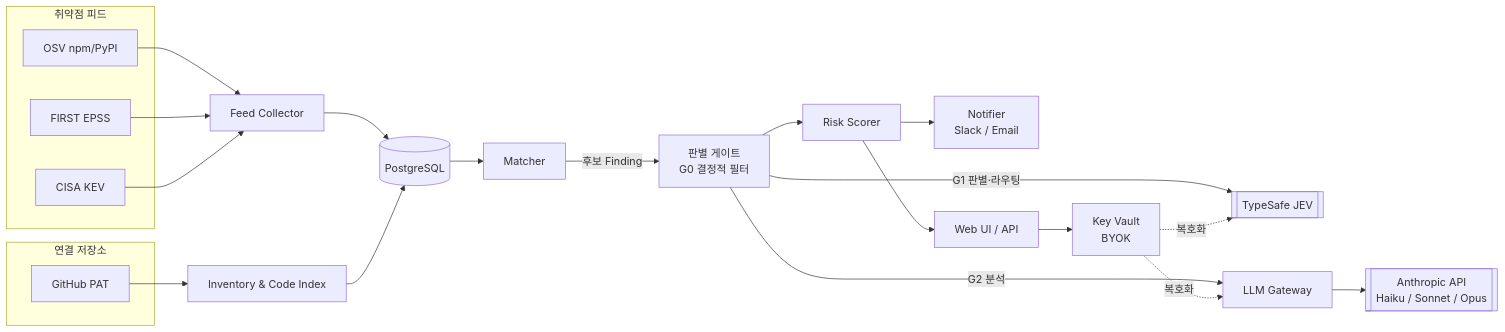
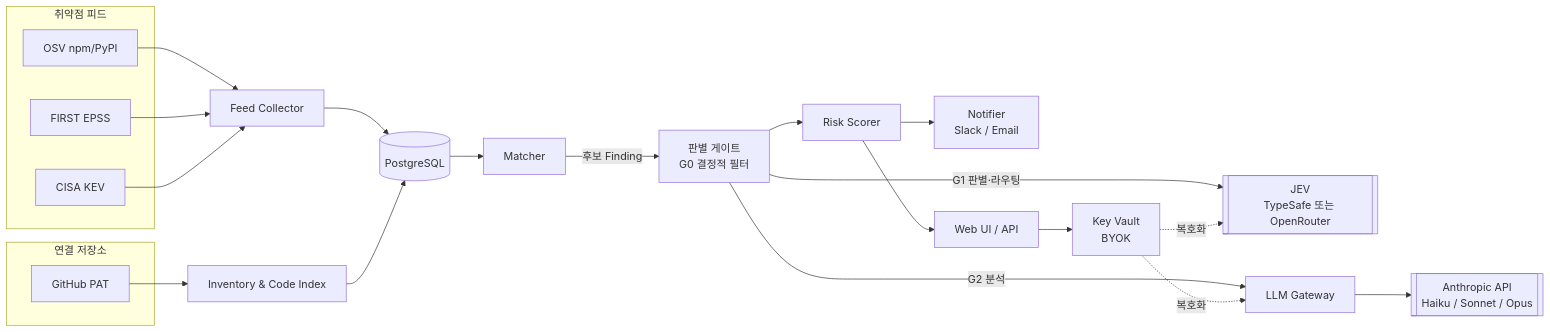
One commit to chemilk02/AutoCVE changed the first of 2 diagrams in docs/02-architecture.md. Above: the diagram before and after it, drawn with Mermaid. The commit also changed other lines of this file and 2 other files, not shown here.

First line of the commit message:
Support OpenRouter as an alternative JEV provider

````diff
--- a/docs/02-architecture.md
+++ b/docs/02-architecture.md
@@ -15,27 +15,27 @@
 ```mermaid
 flowchart LR
   subgraph Feeds[취약점 피드]
     OSV[OSV npm/PyPI]
     EPSS[FIRST EPSS]
     KEV[CISA KEV]
   end
   subgraph Repos[연결 저장소]
     GH[GitHub PAT]
   end
 
   OSV & EPSS & KEV --> COL[Feed Collector]
   GH --> INV[Inventory & Code Index]
   COL --> DB[(PostgreSQL)]
   INV --> DB
   DB --> MAT[Matcher]
   MAT -->|후보 Finding| GATE[판별 게이트<br/>G0 결정적 필터]
-  GATE -->|G1 판별·라우팅| JEV[[TypeSafe JEV]]
+  GATE -->|G1 판별·라우팅| JEV[[JEV<br/>TypeSafe 또는 OpenRouter]]
   GATE -->|G2 분석| LLM[LLM Gateway]
   LLM --> ANT[[Anthropic API<br/>Haiku / Sonnet / Opus]]
   GATE --> SCORE[Risk Scorer]
   SCORE --> NOTI[Notifier<br/>Slack / Email]
   SCORE --> UI[Web UI / API]
   UI --> KEYS[Key Vault<br/>BYOK]
   KEYS -.복호화.-> LLM
   KEYS -.복호화.-> JEV
 ```
````
